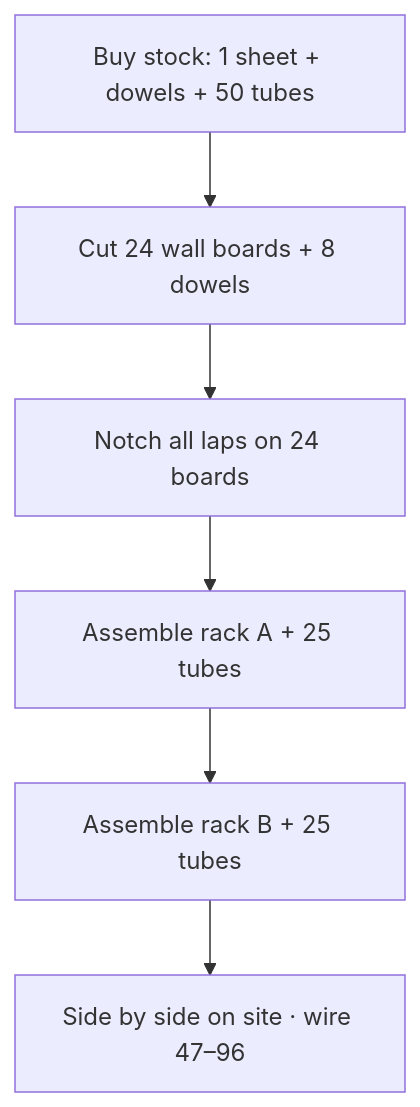
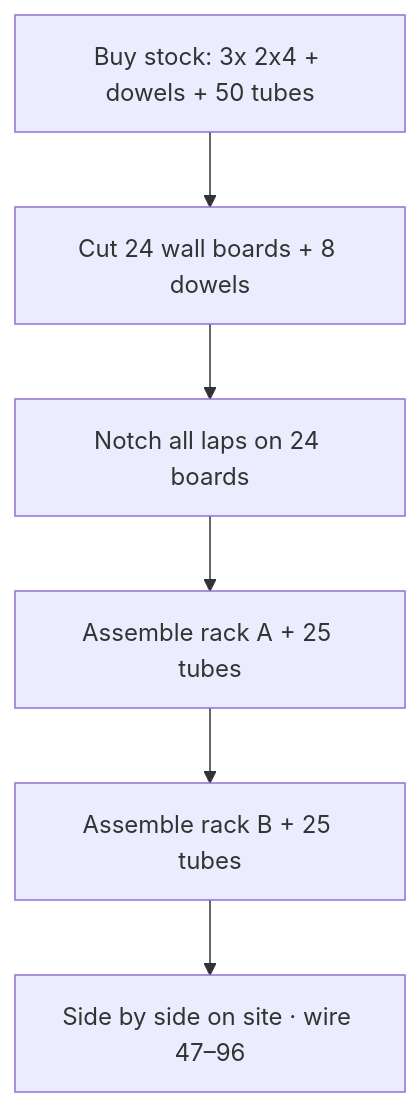
The first of 2 diagrams in design/finale-mortar-rack/README.md (cesau78/fireworks-display-2026), drawn with Mermaid before and after one commit. The commit also changed other lines of this file and 27 other files, not shown here.

````diff
--- a/design/finale-mortar-rack/README.md
+++ b/design/finale-mortar-rack/README.md
@@ -30,10 +30,10 @@
 ```mermaid
 flowchart TB
-  buy[Buy stock: 1 sheet + dowels + 50 tubes]
+  buy[Buy stock: 3x 2x4 + dowels + 50 tubes]
   cut[Cut 24 wall boards + 8 dowels]
   notch[Notch all laps on 24 boards]
   A[Assemble rack A + 25 tubes]
   B[Assemble rack B + 25 tubes]
   field[Side by side on site · wire 47–96]
   buy --> cut --> notch --> A --> B --> field
 ```
````
